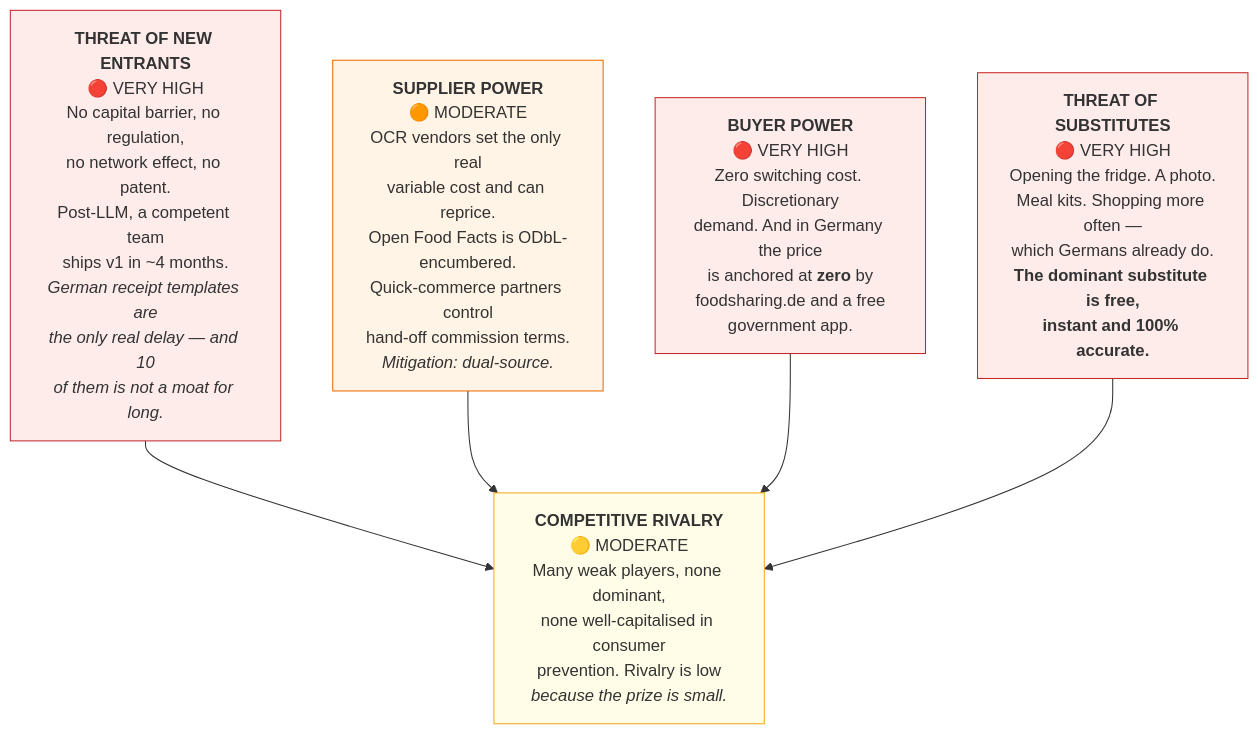
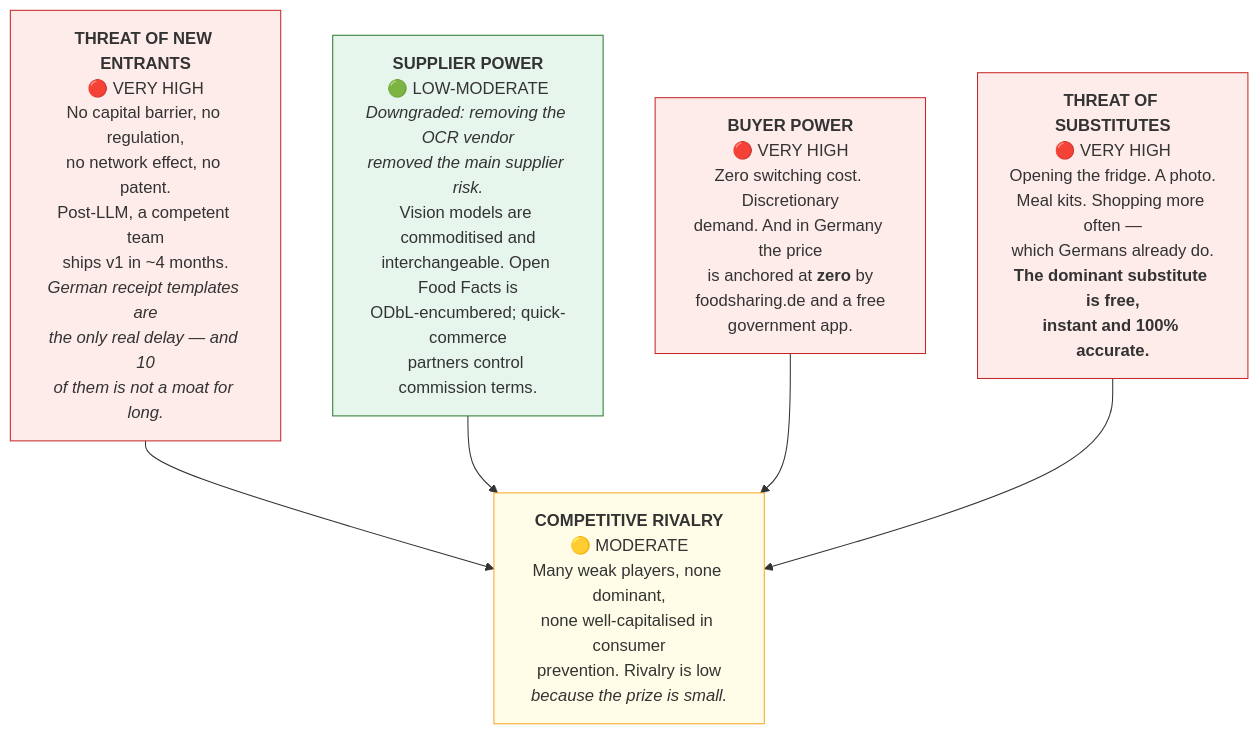
Before and after one commit to Zogoo/scrapless: the second of 3 diagrams in docs/10-frameworks-and-financials.md, drawn with Mermaid. The commit also changed other lines of this file and 7 other files, not shown here.

````diff
--- a/docs/10-frameworks-and-financials.md
+++ b/docs/10-frameworks-and-financials.md
@@ -55,17 +55,17 @@
 ```mermaid
 flowchart TB
     NE["<b>THREAT OF NEW ENTRANTS</b><br/>🔴 VERY HIGH<br/>No capital barrier, no regulation,<br/>no network effect, no patent.<br/>Post-LLM, a competent team<br/>ships v1 in ~4 months.<br/><i>German receipt templates are<br/>the only real delay — and 10<br/>of them is not a moat for long.</i>"]
-    SUP["<b>SUPPLIER POWER</b><br/>🟠 MODERATE<br/>OCR vendors set the only real<br/>variable cost and can reprice.<br/>Open Food Facts is ODbL-encumbered.<br/>Quick-commerce partners control<br/>hand-off commission terms.<br/><i>Mitigation: dual-source.</i>"]
+    SUP["<b>SUPPLIER POWER</b><br/>🟢 LOW-MODERATE<br/><i>Downgraded: removing the OCR vendor<br/>removed the main supplier risk.</i><br/>Vision models are commoditised and<br/>interchangeable. Open Food Facts is<br/>ODbL-encumbered; quick-commerce<br/>partners control commission terms."]
     RIV["<b>COMPETITIVE RIVALRY</b><br/>🟡 MODERATE<br/>Many weak players, none dominant,<br/>none well-capitalised in consumer<br/>prevention. Rivalry is low<br/><i>because the prize is small.</i>"]
     BUY["<b>BUYER POWER</b><br/>🔴 VERY HIGH<br/>Zero switching cost. Discretionary<br/>demand. And in Germany the price<br/>is anchored at <b>zero</b> by<br/>foodsharing.de and a free<br/>government app."]
     SUB["<b>THREAT OF SUBSTITUTES</b><br/>🔴 VERY HIGH<br/>Opening the fridge. A photo.<br/>Meal kits. Shopping more often —<br/>which Germans already do.<br/><b>The dominant substitute is free,<br/>instant and 100% accurate.</b>"]
     NE --> RIV
     SUP --> RIV
     BUY --> RIV
     SUB --> RIV
     style NE fill:#fdecea,stroke:#c62828
     style BUY fill:#fdecea,stroke:#c62828
     style SUB fill:#fdecea,stroke:#c62828
-    style SUP fill:#fff4e5,stroke:#ef6c00
+    style SUP fill:#e7f6ec,stroke:#2e7d32
     style RIV fill:#fffde7,stroke:#f9a825
 ```
````
